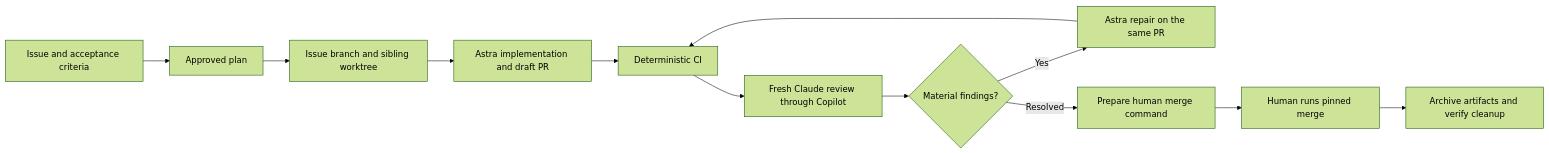
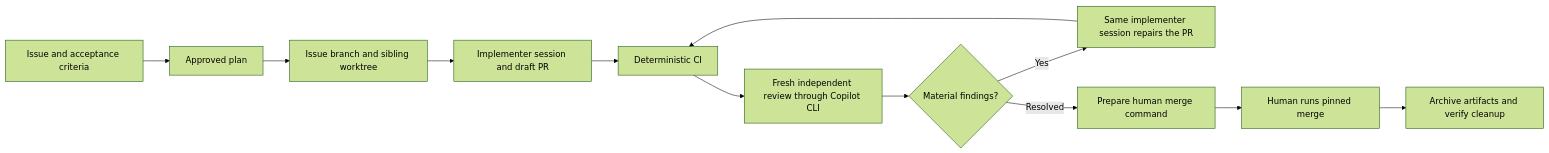
One commit to Zi-Deng/agentic-github-template changed the diagram in README.md. Above: the diagram before and after it, drawn with Mermaid (forest theme). The commit also changed other lines of this file and 45 other files, not shown here.

First line of the commit message:
Add switchable implementer/reviewer profiles (Astra+Claude, Fable+GPT) (#11)

````diff
--- a/README.md
+++ b/README.md
@@ -11,14 +11,14 @@
 ```mermaid
 flowchart LR
   I[Issue and acceptance criteria] --> P[Approved plan]
   P --> W[Issue branch and sibling worktree]
-  W --> D[Astra implementation and draft PR]
+  W --> D[Implementer session and draft PR]
   D --> C[Deterministic CI]
-  C --> R[Fresh Claude review through Copilot]
+  C --> R[Fresh independent review through Copilot CLI]
   R --> F{Material findings?}
-  F -->|Yes| A[Astra repair on the same PR]
+  F -->|Yes| A[Same implementer session repairs the PR]
   A --> C
   F -->|Resolved| H[Prepare human merge command]
   H --> M[Human runs pinned merge]
   M --> X[Archive artifacts and verify cleanup]
 ```
````
